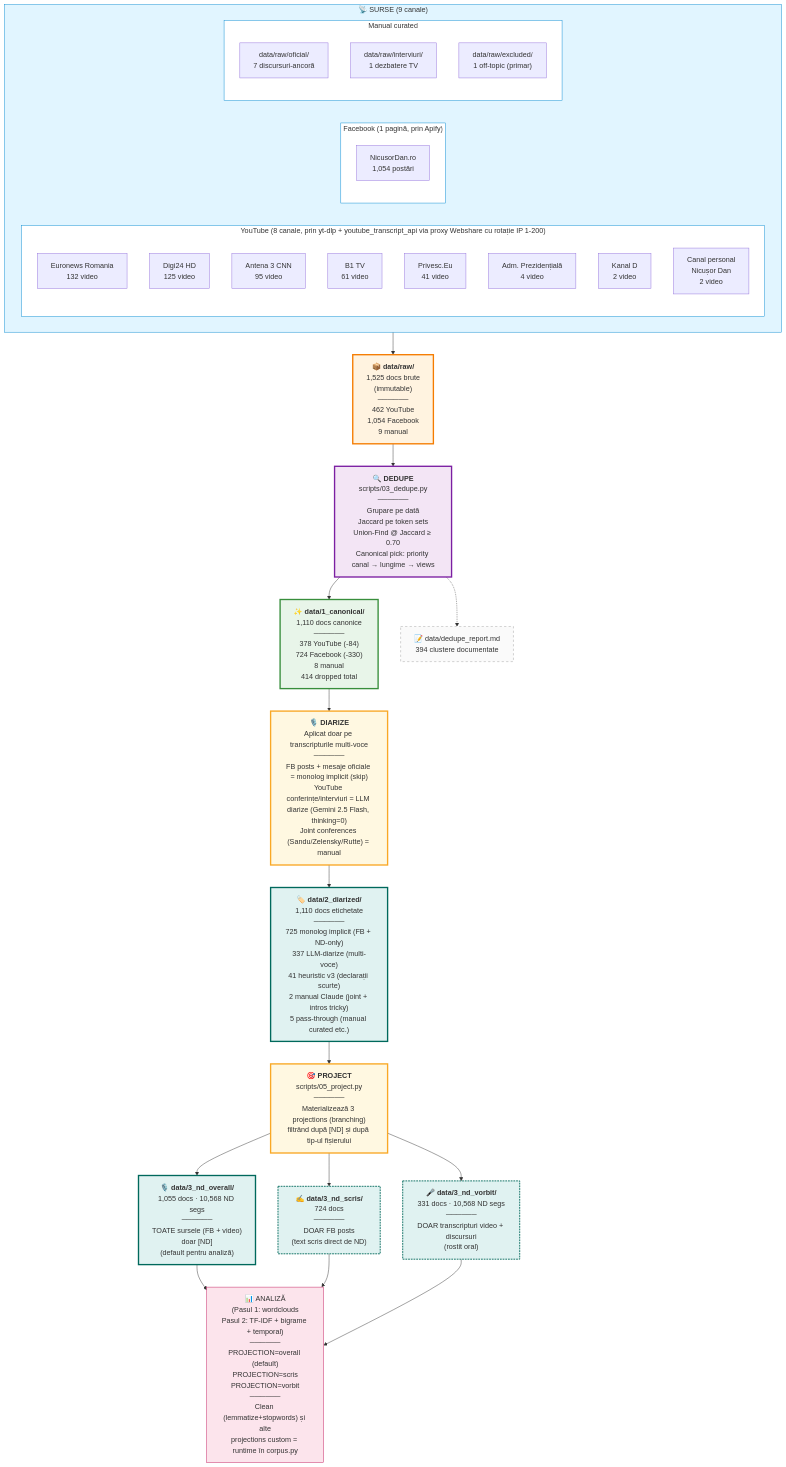
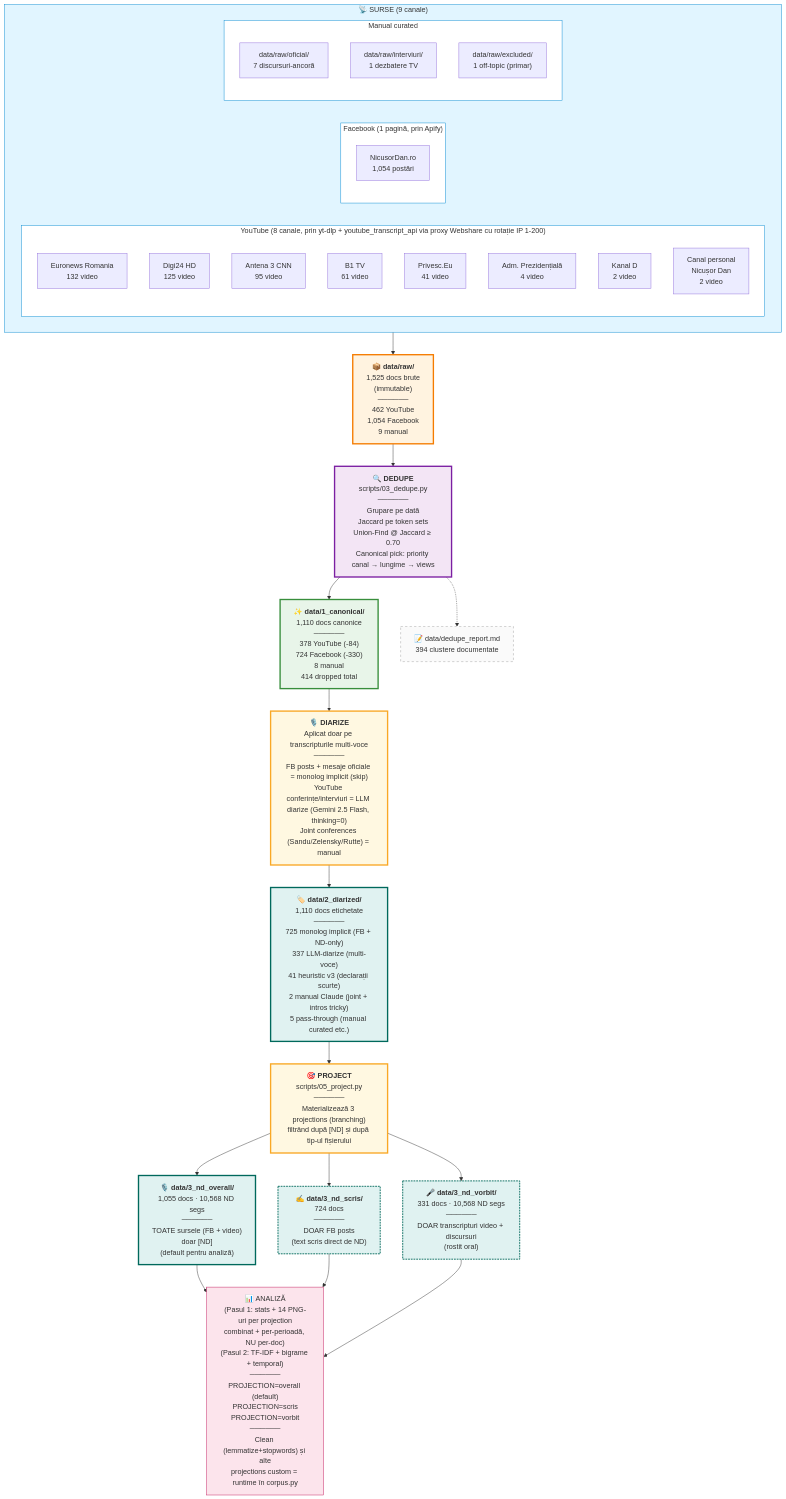
The diagram in README.md (radusqrt/evolutie-discurs-nicusor-dan), drawn with Mermaid before and after one commit. The commit also changed other lines of this file and 65 other files, not shown here.

First line of the commit message:
feat: Pasul 1 refactor — drop per-doc PNGs (4000+ inutile la corpus mare)

````diff
--- a/README.md
+++ b/README.md
@@ -19,64 +19,64 @@
 ```mermaid
 flowchart TB
     subgraph SRC["📡 SURSE (9 canale)"]
         direction LR
         subgraph YT["YouTube (8 canale, prin yt-dlp + youtube_transcript_api via proxy Webshare cu rotație IP 1-200)"]
             E["Euronews Romania<br/>132 video"]
             D["Digi24 HD<br/>125 video"]
             A3["Antena 3 CNN<br/>95 video"]
             B1["B1 TV<br/>61 video"]
             PE["Privesc.Eu<br/>41 video"]
             AP["Adm. Prezidențială<br/>4 video"]
             KD["Kanal D<br/>2 video"]
             NDP["Canal personal<br/>Nicușor Dan<br/>2 video"]
         end
         subgraph FB["Facebook (1 pagină, prin Apify)"]
             FBP["NicusorDan.ro<br/>1,054 postări"]
         end
         subgraph MAN["Manual curated"]
             OFI["data/raw/oficial/<br/>7 discursuri-ancoră"]
             INT["data/raw/interviuri/<br/>1 dezbatere TV"]
             EXC["data/raw/excluded/<br/>1 off-topic (primar)"]
         end
     end
 
     SRC --> RAW["📦 <b>data/raw/</b><br/>1,525 docs brute<br/>(immutable)<br/>──────<br/>462 YouTube<br/>1,054 Facebook<br/>9 manual"]
 
     RAW --> DEDUP["🔍 <b>DEDUPE</b><br/>scripts/03_dedupe.py<br/>──────<br/>Grupare pe dată<br/>Jaccard pe token sets<br/>Union-Find @ Jaccard ≥ 0.70<br/>Canonical pick: priority canal → lungime → views"]
 
     DEDUP --> CAN["✨ <b>data/1_canonical/</b><br/>1,110 docs canonice<br/>──────<br/>378 YouTube (-84)<br/>724 Facebook (-330)<br/>8 manual<br/>414 dropped total"]
 
     DEDUP -.-> REP["📝 data/dedupe_report.md<br/>394 clustere documentate"]
 
     CAN --> DIARIZE["🎙️ <b>DIARIZE</b><br/>Aplicat doar pe transcripturile multi-voce<br/>──────<br/>FB posts + mesaje oficiale = monolog implicit (skip)<br/>YouTube conferințe/interviuri = LLM diarize (Gemini 2.5 Flash, thinking=0)<br/>Joint conferences (Sandu/Zelensky/Rutte) = manual"]
 
     DIARIZE --> DIA["🏷️ <b>data/2_diarized/</b><br/>1,110 docs etichetate<br/>──────<br/>725 monolog implicit (FB + ND-only)<br/>337 LLM-diarize (multi-voce)<br/>41 heuristic v3 (declarații scurte)<br/>2 manual Claude (joint + intros tricky)<br/>5 pass-through (manual curated etc.)"]
 
     DIA --> PROJECT["🎯 <b>PROJECT</b><br/>scripts/05_project.py<br/>──────<br/>Materializează 3 projections (branching)<br/>filtrând după [ND] și după tip-ul fișierului"]
 
     PROJECT --> ND_OV["🎙️ <b>data/3_nd_overall/</b><br/>1,055 docs · 10,568 ND segs<br/>──────<br/>TOATE sursele (FB + video)<br/>doar [ND]<br/>(default pentru analiză)"]
 
     PROJECT --> ND_S["✍️ <b>data/3_nd_scris/</b><br/>724 docs<br/>──────<br/>DOAR FB posts<br/>(text scris direct de ND)"]
 
     PROJECT --> ND_V["🎤 <b>data/3_nd_vorbit/</b><br/>331 docs · 10,568 ND segs<br/>──────<br/>DOAR transcripturi video + discursuri<br/>(rostit oral)"]
 
-    ND_OV --> AN["📊 ANALIZĂ<br/>(Pasul 1: wordclouds<br/>Pasul 2: TF-IDF + bigrame + temporal)<br/>──────<br/>PROJECTION=overall (default)<br/>PROJECTION=scris<br/>PROJECTION=vorbit<br/>──────<br/>Clean (lemmatize+stopwords) și alte<br/>projections custom = runtime în corpus.py"]
+    ND_OV --> AN["📊 ANALIZĂ<br/>(Pasul 1: stats + 14 PNG-uri per projection<br/>combinat + per-perioadă, NU per-doc)<br/>(Pasul 2: TF-IDF + bigrame + temporal)<br/>──────<br/>PROJECTION=overall (default)<br/>PROJECTION=scris<br/>PROJECTION=vorbit<br/>──────<br/>Clean (lemmatize+stopwords) și alte<br/>projections custom = runtime în corpus.py"]
     ND_S --> AN
     ND_V --> AN
 
     style SRC fill:#e1f5ff,stroke:#0288d1
     style YT fill:#fff,stroke:#0288d1
     style FB fill:#fff,stroke:#0288d1
     style MAN fill:#fff,stroke:#0288d1
     style RAW fill:#fff3e0,stroke:#f57c00,stroke-width:3px
     style DEDUP fill:#f3e5f5,stroke:#7b1fa2,stroke-width:3px
     style CAN fill:#e8f5e9,stroke:#388e3c,stroke-width:3px
     style DIARIZE fill:#fff8e1,stroke:#f9a825,stroke-width:3px
     style DIA fill:#e0f2f1,stroke:#00695c,stroke-width:3px
     style PROJECT fill:#fff8e1,stroke:#f9a825,stroke-width:3px
     style ND_OV fill:#e0f2f1,stroke:#00695c,stroke-width:3px
     style ND_S fill:#e0f2f1,stroke:#00695c,stroke-width:2px,stroke-dasharray: 4 2
     style ND_V fill:#e0f2f1,stroke:#00695c,stroke-width:2px,stroke-dasharray: 4 2
     style AN fill:#fce4ec,stroke:#c2185b
     style REP fill:#fafafa,stroke:#9e9e9e,stroke-dasharray: 5 5
 ```
````
